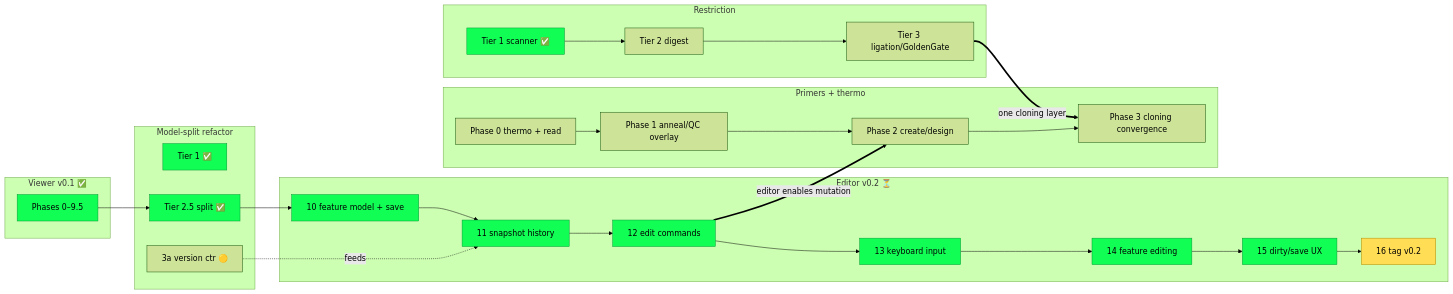
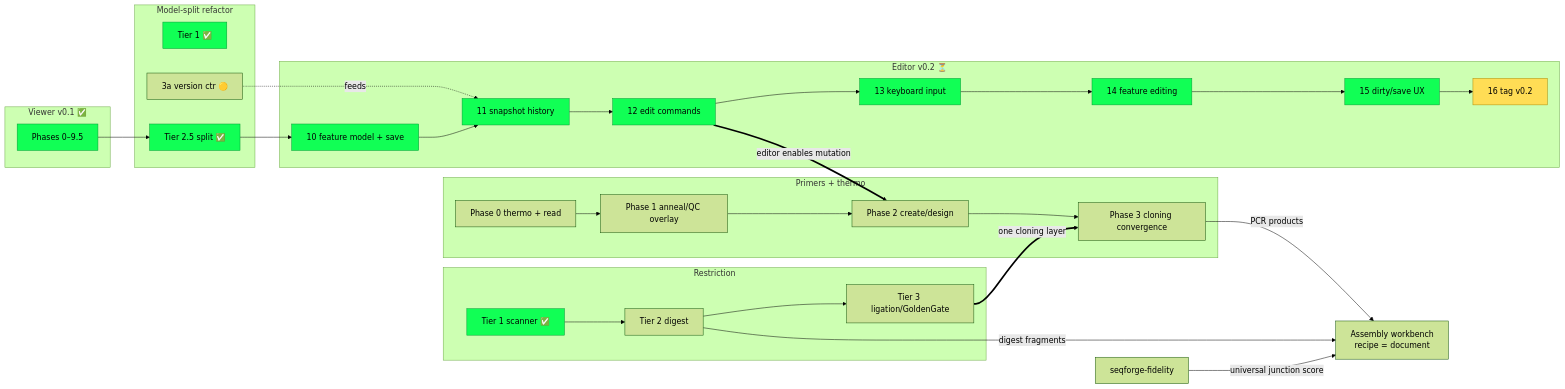
One commit to cmoscy/seqforge changed the diagram in ROADMAP.md. Above: the diagram before and after it, drawn with Mermaid (forest theme). The commit also changed other lines of this file and 13 other files, not shown here.

````diff
--- a/ROADMAP.md
+++ b/ROADMAP.md
@@ -70,47 +74,54 @@
 ```mermaid
 flowchart LR
     subgraph viewer["Viewer v0.1 ✅"]
         V[Phases 0–9.5]
     end
     subgraph refactor["Model-split refactor"]
         R1[Tier 1 ✅]
         R25[Tier 2.5 split ✅]
         R3a[3a version ctr 🟡]
     end
     subgraph editor["Editor v0.2 ⏳"]
         E10[10 feature model + save]
         E11[11 snapshot history]
         E12[12 edit commands]
         E13[13 keyboard input]
         E14[14 feature editing]
         E15[15 dirty/save UX]
         E16[16 tag v0.2]
     end
     subgraph restr["Restriction"]
         T1[Tier 1 scanner ✅]
         T2[Tier 2 digest]
         T3[Tier 3 ligation/GoldenGate]
     end
     subgraph primer["Primers + thermo"]
         P0[Phase 0 thermo + read]
         P1[Phase 1 anneal/QC overlay]
         P2[Phase 2 create/design]
         P3[Phase 3 cloning convergence]
     end
 
     V --> R25
     R25 --> E10
     R3a -.feeds.-> E11
     E10 --> E11 --> E12 --> E13 --> E14 --> E15 --> E16
 
     T1 --> T2 --> T3
     P0 --> P1 --> P2 --> P3
 
     E12 ==>|editor enables mutation| P2
     T3 ==>|one cloning layer| P3
 
+    %% v0.3 cloning / assembly
+    ASM[Assembly workbench<br/>recipe = document]
+    FID[seqforge-fidelity]
+    P3 -->|PCR products| ASM
+    T2 -->|digest fragments| ASM
+    FID -->|universal junction score| ASM
+
     classDef done fill:#1f5,stroke:#093,color:#000;
     classDef next fill:#fd5,stroke:#a80,color:#000;
     class V,R1,R25,T1,E10,E11,E12,E13,E14,E15 done;
     class E16 next;
 ```
````
